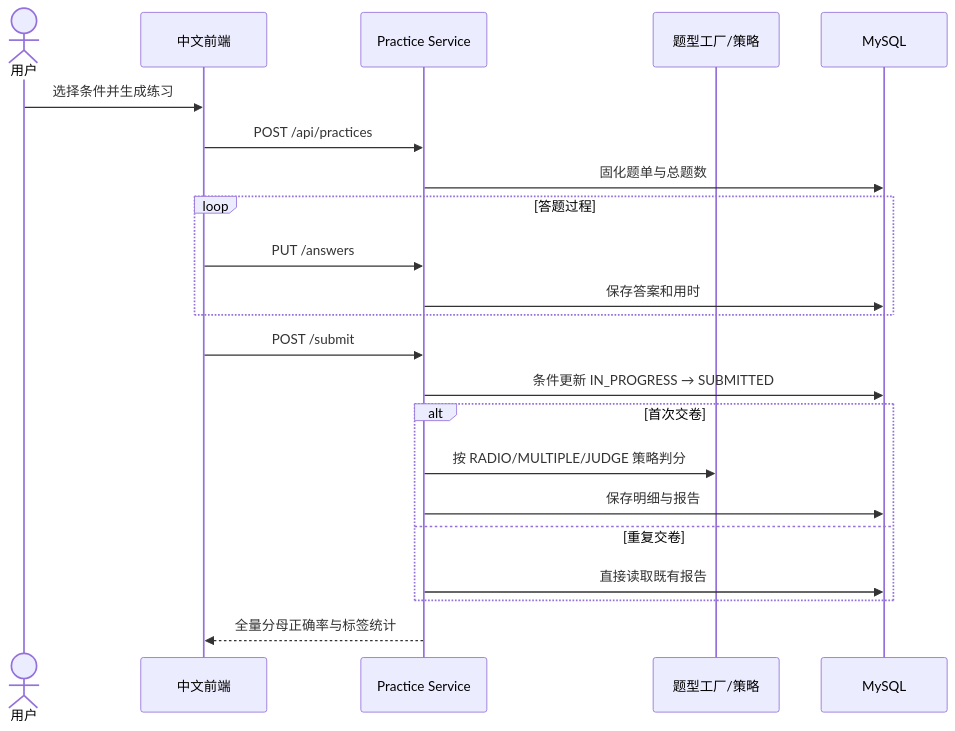
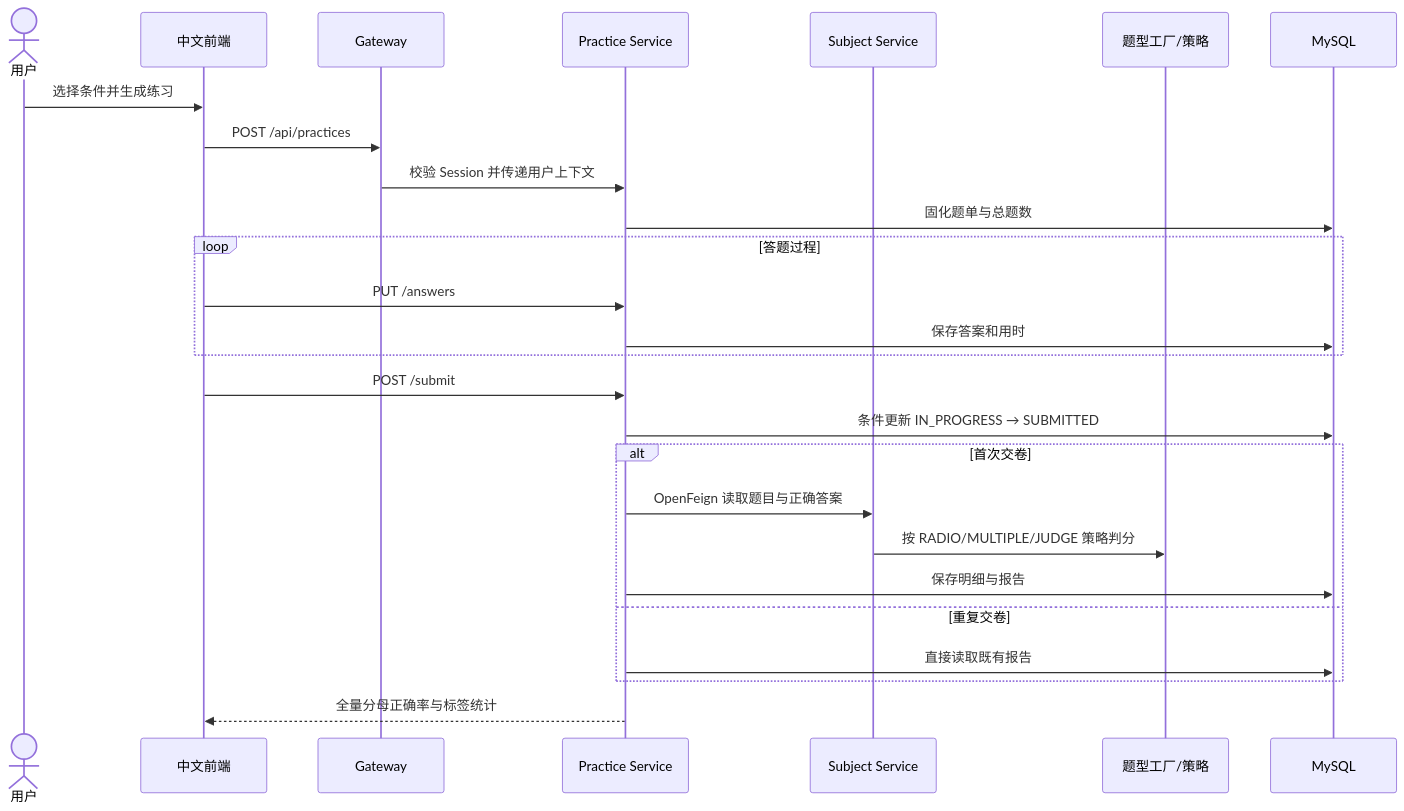
One commit to xianspiderman/dyh-interview-club changed the second of 3 diagrams in README.md. Above: the diagram before and after it, drawn with Mermaid. The commit also changed other lines of this file and 69 other files, not shown here.

````diff
--- a/README.md
+++ b/README.md
@@ -53,24 +64,28 @@
 ```mermaid
 sequenceDiagram
     actor U as 用户
     participant W as 中文前端
+    participant G as Gateway
     participant P as Practice Service
+    participant S as Subject Service
     participant Q as 题型工厂/策略
     participant D as MySQL
     U->>W: 选择条件并生成练习
-    W->>P: POST /api/practices
+    W->>G: POST /api/practices
+    G->>P: 校验 Session 并传递用户上下文
     P->>D: 固化题单与总题数
     loop 答题过程
       W->>P: PUT /answers
       P->>D: 保存答案和用时
     end
     W->>P: POST /submit
     P->>D: 条件更新 IN_PROGRESS → SUBMITTED
     alt 首次交卷
-      P->>Q: 按 RADIO/MULTIPLE/JUDGE 策略判分
+      P->>S: OpenFeign 读取题目与正确答案
+      S->>Q: 按 RADIO/MULTIPLE/JUDGE 策略判分
       P->>D: 保存明细与报告
     else 重复交卷
       P->>D: 直接读取既有报告
     end
     P-->>W: 全量分母正确率与标签统计
 ```
````
